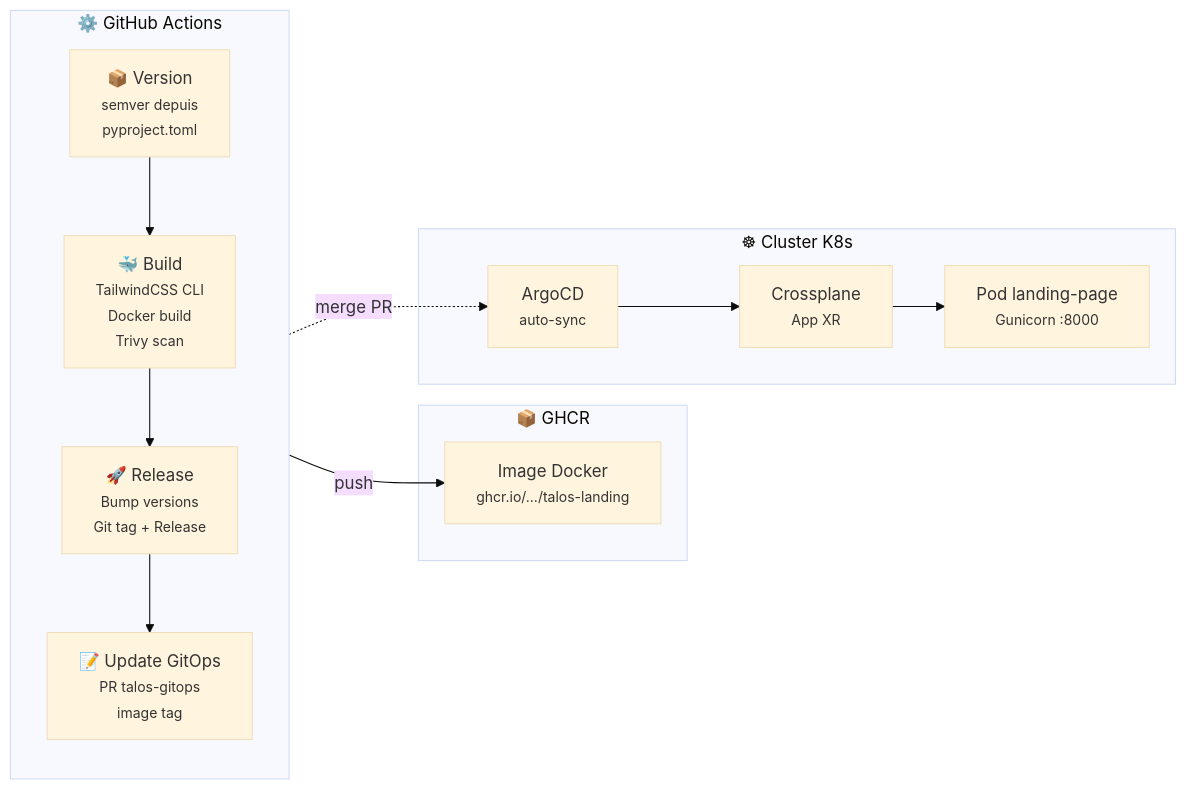
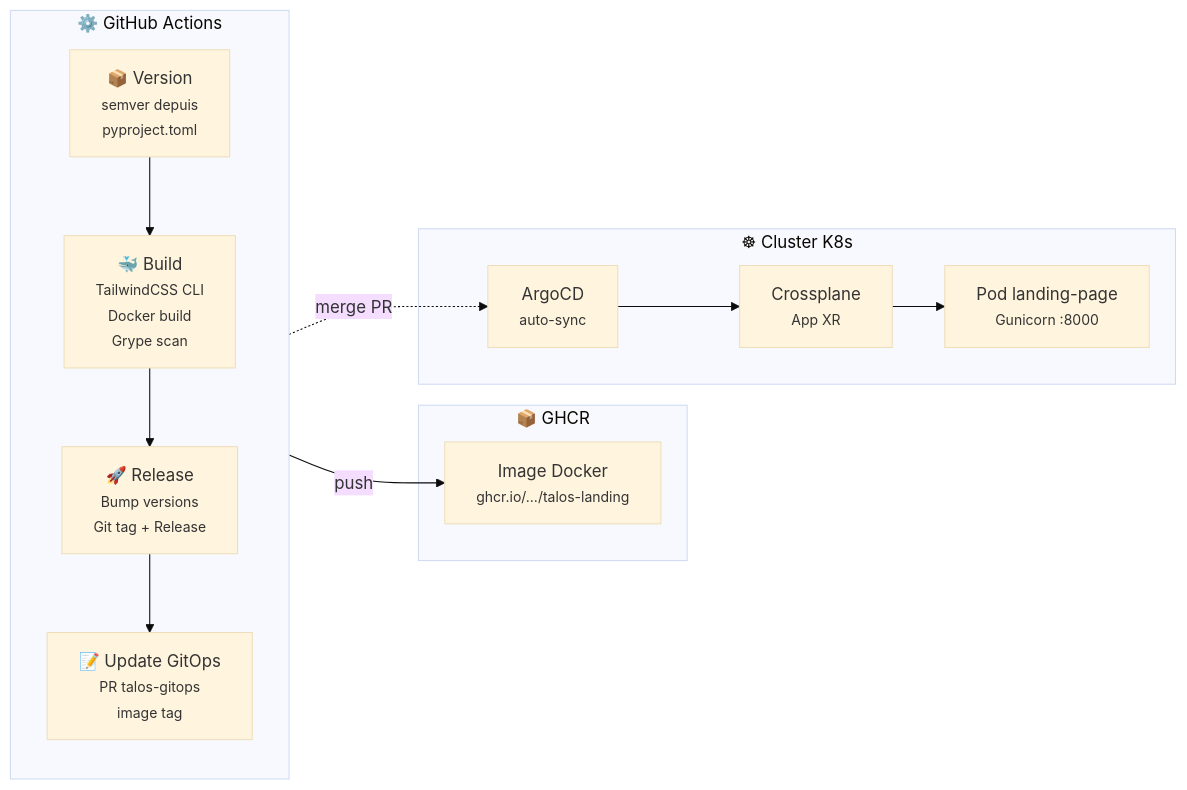
The second of 2 diagrams in README.md (naqa92-portfolio-projects/talos-landing), drawn with Mermaid (base theme) before and after one commit. The commit also changed 1 other file, not shown here.

Commit message:
move away from trivy [ci skip]

````diff
--- a/README.md
+++ b/README.md
@@ -59,26 +59,26 @@
 ```mermaid
 flowchart LR
     subgraph CI["⚙️ GitHub Actions"]
         direction TB
         Version["📦 Version<br/><small>semver depuis<br/>pyproject.toml</small>"]
-        Build["🐳 Build<br/><small>TailwindCSS CLI<br/>Docker build<br/>Trivy scan</small>"]
+        Build["🐳 Build<br/><small>TailwindCSS CLI<br/>Docker build<br/>Grype scan</small>"]
         Release["🚀 Release<br/><small>Bump versions<br/>Git tag + Release</small>"]
         GitOps["📝 Update GitOps<br/><small>PR talos-gitops<br/>image tag</small>"]
         Version --> Build --> Release --> GitOps
     end
 
     subgraph GHCR["📦 GHCR"]
         DockerImg["Image Docker<br/><small>ghcr.io/.../talos-landing</small>"]
     end
 
     Build -->|"push"| DockerImg
 
     subgraph Cluster["☸ Cluster K8s"]
         ArgoSync["ArgoCD<br/><small>auto-sync</small>"]
         Crossplane["Crossplane<br/><small>App XR</small>"]
         Pod["Pod landing-page<br/><small>Gunicorn :8000</small>"]
     end
 
     GitOps -.->|"merge PR"| ArgoSync
     ArgoSync --> Crossplane --> Pod
 ```
````
